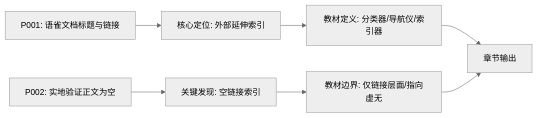
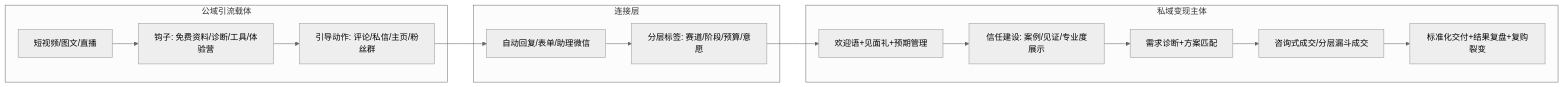
One commit to OpenDocCN1/flygon-zhuanqian-zhoubao changed the third of 6 diagrams in docs/202305_paper2textbook/chapter_078.md. Above: the diagram before and after it, drawn with Mermaid (neutral theme). The commit also changed other lines of this file and 2 other files, not shown here.

````diff
--- a/docs/202305_paper2textbook/chapter_078.md
+++ b/docs/202305_paper2textbook/chapter_078.md
@@ -115,9 +186,18 @@
 ```mermaid
 graph LR
-    S1[P001: 语雀文档标题与链接] --> C1[核心定位: 外部延伸索引]
-    S2[P002: 实地验证正文为空] --> C2[关键发现: 空链接索引]
-    C1 --> T1[教材定义: 分类器/导航仪/索引器]
-    C2 --> T2[教材边界: 仅链接层面/指向虚无]
-    T1 --> O[章节输出]
-    T2 --> O
+    subgraph 公域引流载体
+        A1[短视频/图文/直播] --> A2[钩子: 免费资料/诊断/工具/体验营]
+        A2 --> A3[引导动作: 评论/私信/主页/粉丝群]
+    end
+    subgraph 连接层
+        A3 --> B1[自动回复/表单/助理微信]
+        B1 --> B2[分层标签: 赛道/阶段/预算/意愿]
+    end
+    subgraph 私域变现主体
+        B2 --> C1[欢迎语+见面礼+预期管理]
+        C1 --> C2[信任建设: 案例/见证/专业度展示]
+        C2 --> C3[需求诊断+方案匹配]
+        C3 --> C4[咨询式成交/分层漏斗成交]
+        C4 --> C5[标准化交付+结果复盘+复购裂变]
+    end
 ```
````
